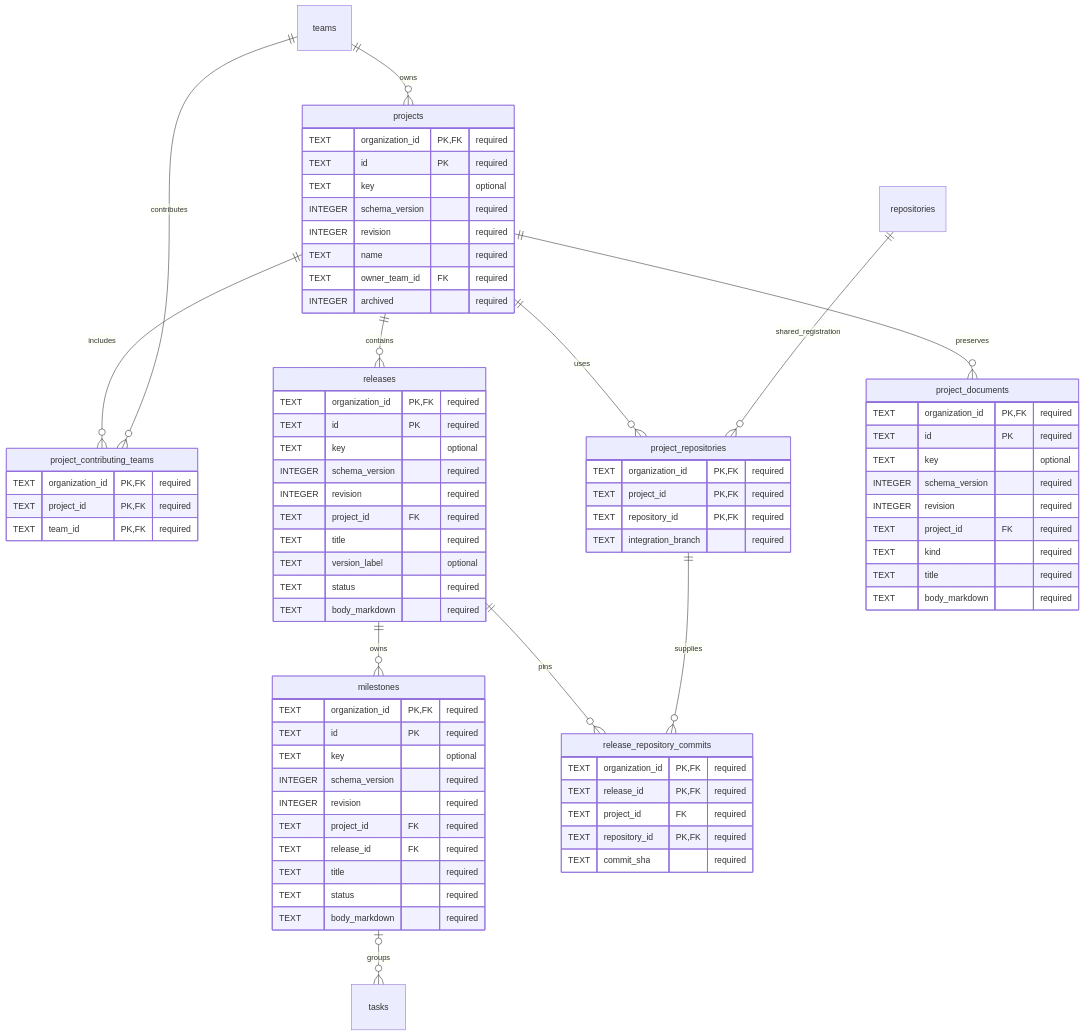
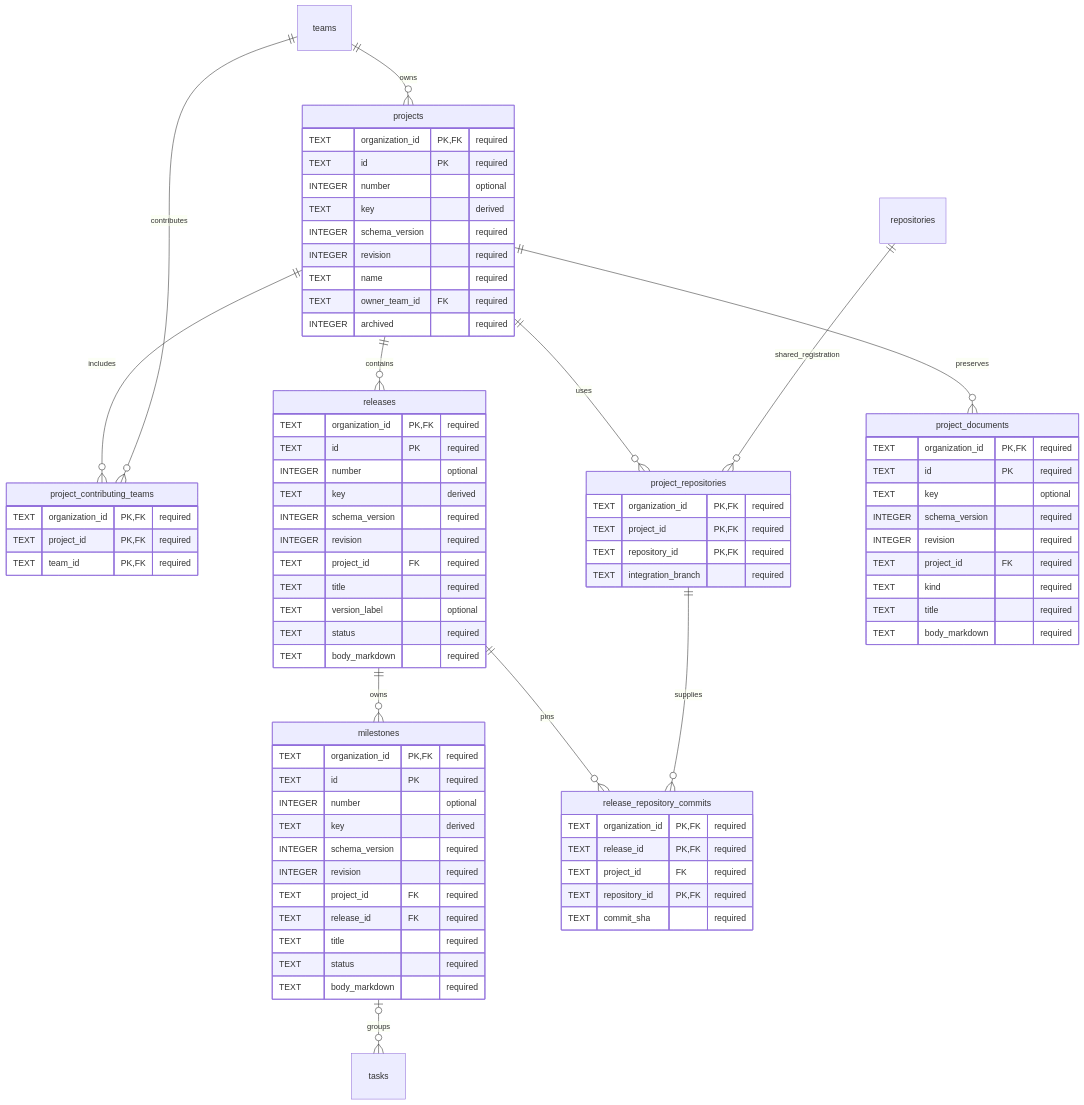
Before and after one commit to vgmello/agentic-org: the diagram in docs/design/organization-data/02-project-structure.md, drawn with Mermaid. The commit also changed other lines of this file and 7 other files, not shown here.

````diff
--- a/docs/design/organization-data/02-project-structure.md
+++ b/docs/design/organization-data/02-project-structure.md
@@ -7,77 +7,80 @@
 ```mermaid
 erDiagram
     teams ||--o{ projects : owns
     projects ||--o{ project_contributing_teams : includes
     teams ||--o{ project_contributing_teams : contributes
     projects ||--o{ project_repositories : uses
     repositories ||--o{ project_repositories : shared_registration
     projects ||--o{ releases : contains
     releases ||--o{ milestones : owns
     releases ||--o{ release_repository_commits : pins
     project_repositories ||--o{ release_repository_commits : supplies
     milestones o|--o{ tasks : groups
     projects ||--o{ project_documents : preserves
     projects {
         TEXT organization_id PK, FK "required"
         TEXT id PK "required"
-        TEXT key "optional"
+        INTEGER number "optional"
+        TEXT key "derived"
         INTEGER schema_version "required"
         INTEGER revision "required"
         TEXT name "required"
         TEXT owner_team_id FK "required"
         INTEGER archived "required"
     }
     project_contributing_teams {
         TEXT organization_id PK, FK "required"
         TEXT project_id PK, FK "required"
         TEXT team_id PK, FK "required"
     }
     project_repositories {
         TEXT organization_id PK, FK "required"
         TEXT project_id PK, FK "required"
         TEXT repository_id PK, FK "required"
         TEXT integration_branch "required"
     }
     releases {
         TEXT organization_id PK, FK "required"
         TEXT id PK "required"
-        TEXT key "optional"
+        INTEGER number "optional"
+        TEXT key "derived"
         INTEGER schema_version "required"
         INTEGER revision "required"
         TEXT project_id FK "required"
         TEXT title "required"
         TEXT version_label "optional"
         TEXT status "required"
         TEXT body_markdown "required"
     }
     release_repository_commits {
         TEXT organization_id PK, FK "required"
         TEXT release_id PK, FK "required"
         TEXT project_id FK "required"
         TEXT repository_id PK, FK "required"
         TEXT commit_sha "required"
     }
     milestones {
         TEXT organization_id PK, FK "required"
         TEXT id PK "required"
-        TEXT key "optional"
+        INTEGER number "optional"
+        TEXT key "derived"
         INTEGER schema_version "required"
         INTEGER revision "required"
         TEXT project_id FK "required"
         TEXT release_id FK "required"
         TEXT title "required"
         TEXT status "required"
         TEXT body_markdown "required"
     }
     project_documents {
         TEXT organization_id PK, FK "required"
         TEXT id PK "required"
         TEXT key "optional"
         INTEGER schema_version "required"
         INTEGER revision "required"
         TEXT project_id FK "required"
         TEXT kind "required"
         TEXT title "required"
         TEXT body_markdown "required"
     }
 ```
````
